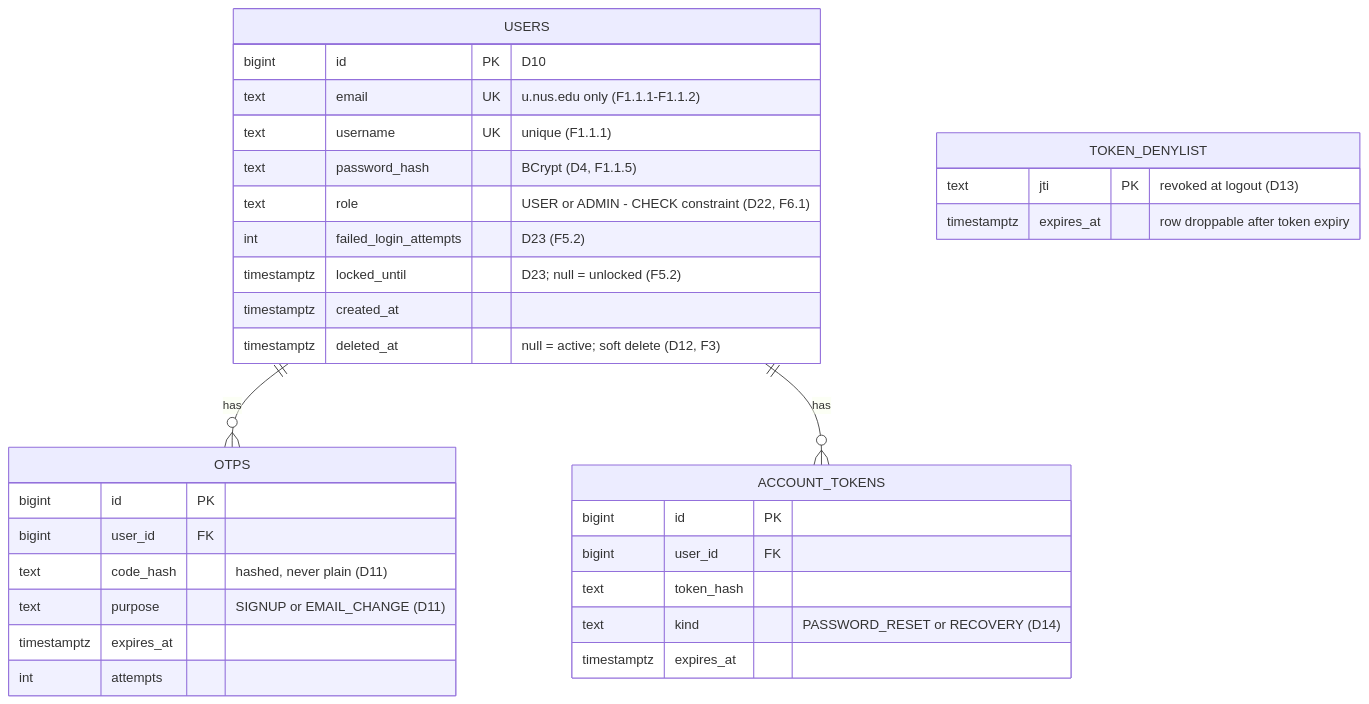
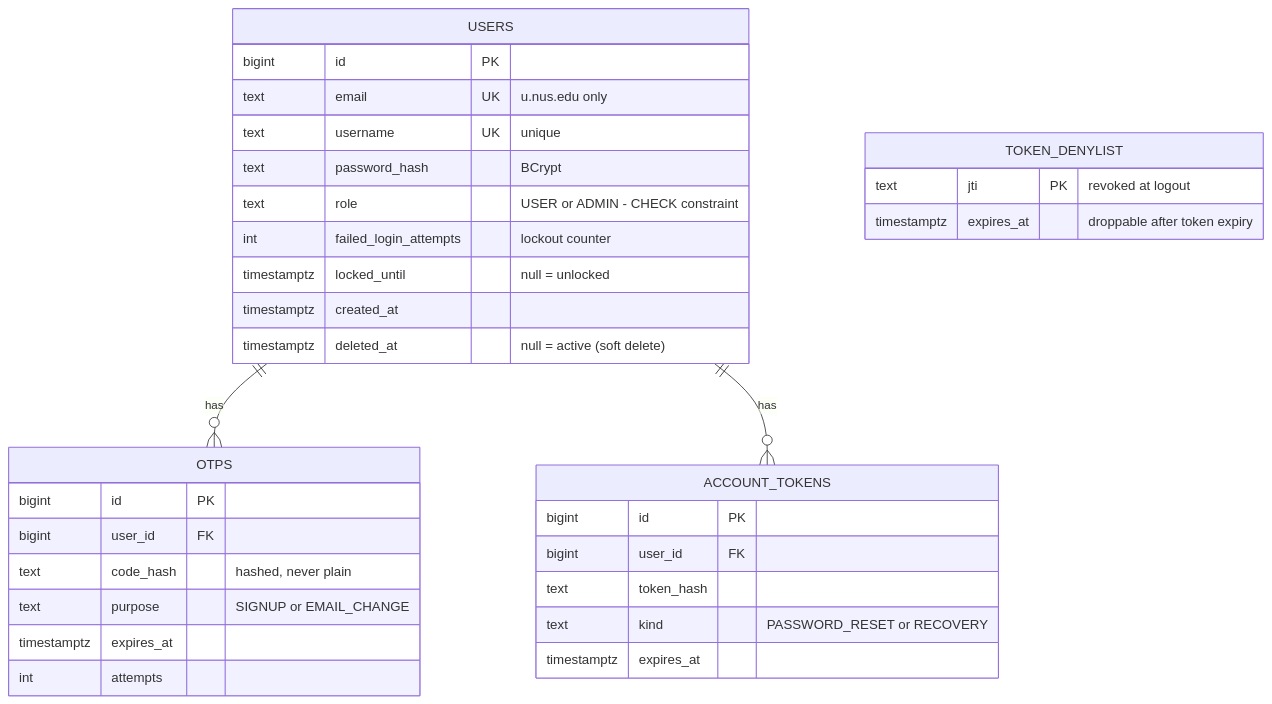
One commit to AY2627S1-CS3219-P23/foc changed the fourth of 9 diagrams in docs/d2-design.md. Above: the diagram before and after it, drawn with Mermaid. The commit also changed other lines of this file and 2 other files, not shown here.

````diff
--- a/docs/d2-design.md
+++ b/docs/d2-design.md
@@ -174,35 +137,35 @@
 ```mermaid
 erDiagram
     USERS {
-        bigint id PK "D10"
-        text email UK "u.nus.edu only (F1.1.1-F1.1.2)"
-        text username UK "unique (F1.1.1)"
-        text password_hash "BCrypt (D4, F1.1.5)"
-        text role "USER or ADMIN - CHECK constraint (D22, F6.1)"
-        int failed_login_attempts "D23 (F5.2)"
-        timestamptz locked_until "D23; null = unlocked (F5.2)"
+        bigint id PK
+        text email UK "u.nus.edu only"
+        text username UK "unique"
+        text password_hash "BCrypt"
+        text role "USER or ADMIN - CHECK constraint"
+        int failed_login_attempts "lockout counter"
+        timestamptz locked_until "null = unlocked"
         timestamptz created_at
-        timestamptz deleted_at "null = active; soft delete (D12, F3)"
+        timestamptz deleted_at "null = active (soft delete)"
     }
     OTPS {
         bigint id PK
         bigint user_id FK
-        text code_hash "hashed, never plain (D11)"
-        text purpose "SIGNUP or EMAIL_CHANGE (D11)"
+        text code_hash "hashed, never plain"
+        text purpose "SIGNUP or EMAIL_CHANGE"
         timestamptz expires_at
         int attempts
     }
     ACCOUNT_TOKENS {
         bigint id PK
         bigint user_id FK
         text token_hash
-        text kind "PASSWORD_RESET or RECOVERY (D14)"
+        text kind "PASSWORD_RESET or RECOVERY"
         timestamptz expires_at
     }
     TOKEN_DENYLIST {
-        text jti PK "revoked at logout (D13)"
-        timestamptz expires_at "row droppable after token expiry"
+        text jti PK "revoked at logout"
+        timestamptz expires_at "droppable after token expiry"
     }
     USERS ||--o{ OTPS : "has"
     USERS ||--o{ ACCOUNT_TOKENS : "has"
 ```
````
